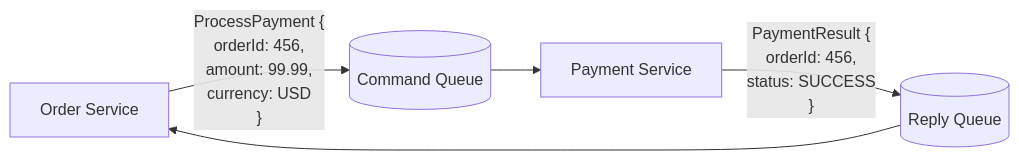
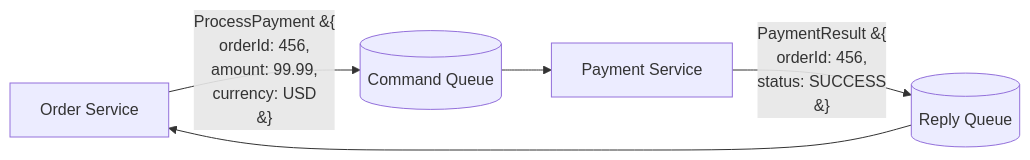
Before and after one commit to vladiant/vladiant: the seventh of 12 diagrams in software_architecture/08_service_communication_data_sharing.md, drawn with Mermaid. The commit also changed other lines of this file, not shown here.

Commit message:
Fix mermaid rendering

````diff
--- a/software_architecture/08_service_communication_data_sharing.md
+++ b/software_architecture/08_service_communication_data_sharing.md
@@ -155,7 +155,7 @@
 ```mermaid
 graph LR
-    OS[Order Service] -- "ProcessPayment {<br/>orderId: 456,<br/>amount: 99.99,<br/>currency: USD<br/>}" --> Q[(Command Queue)]
+    OS[Order Service] -- "ProcessPayment &#123;<br/>orderId: 456,<br/>amount: 99.99,<br/>currency: USD<br/>&#125;" --> Q[(Command Queue)]
     Q --> PS[Payment Service]
-    PS -- "PaymentResult {<br/>orderId: 456,<br/>status: SUCCESS<br/>}" --> RQ[(Reply Queue)]
+    PS -- "PaymentResult &#123;<br/>orderId: 456,<br/>status: SUCCESS<br/>&#125;" --> RQ[(Reply Queue)]
     RQ --> OS
 ```
````
